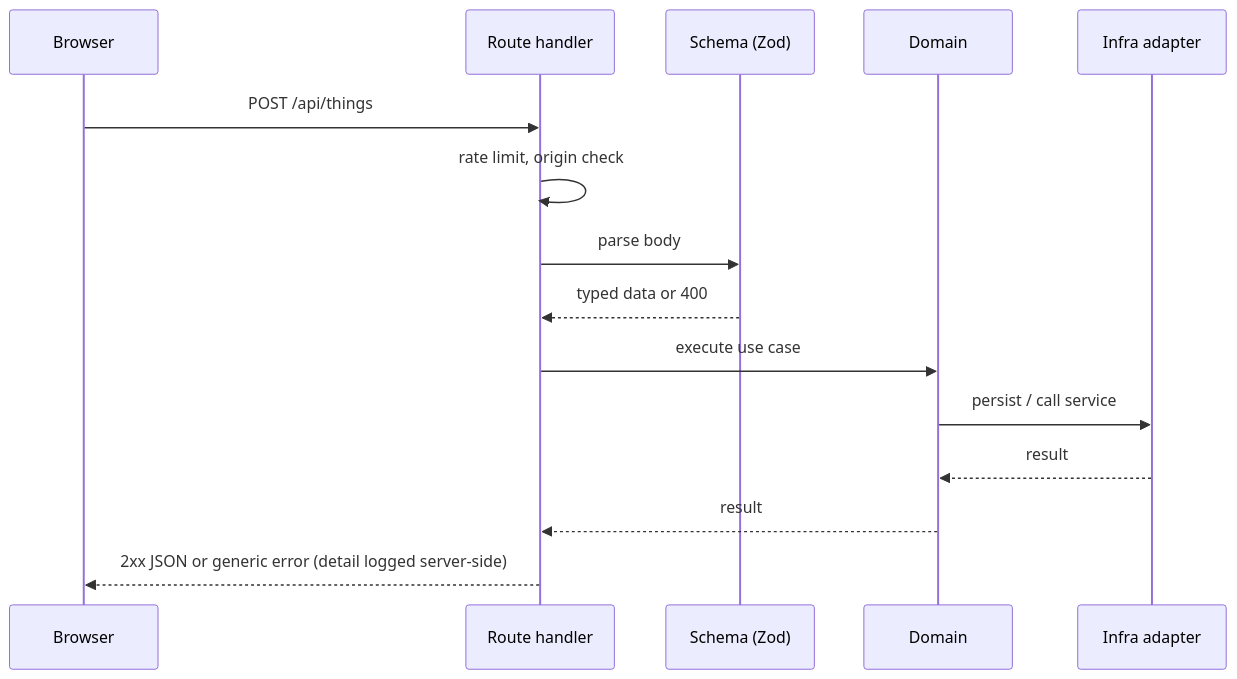
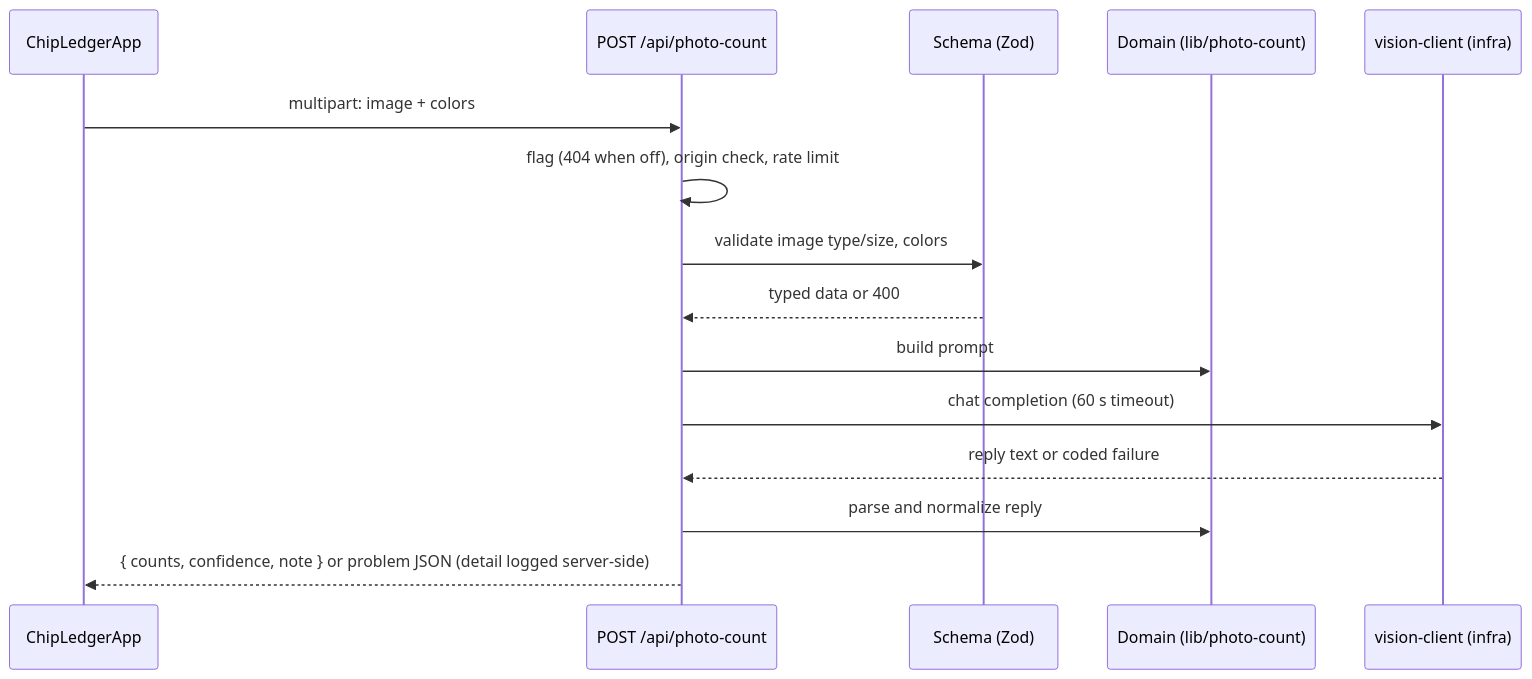
One commit to vicenteopaso/chip-ledger changed the second of 2 diagrams in docs/ARCHITECTURE.md. Above: the diagram before and after it, drawn with Mermaid. The commit also changed other lines of this file and 19 other files, not shown here.

First line of the commit message:
docs: document the Chip Ledger app across governance docs

````diff
--- a/docs/ARCHITECTURE.md
+++ b/docs/ARCHITECTURE.md
@@ -47,17 +52,17 @@
 ```mermaid
 sequenceDiagram
-  participant B as Browser
-  participant R as Route handler
+  participant B as ChipLedgerApp
+  participant R as POST /api/photo-count
   participant S as Schema (Zod)
-  participant D as Domain
-  participant I as Infra adapter
-  B->>R: POST /api/things
-  R->>R: rate limit, origin check
-  R->>S: parse body
+  participant D as Domain (lib/photo-count)
+  participant I as vision-client (infra)
+  B->>R: multipart: image + colors
+  R->>R: flag (404 when off), origin check, rate limit
+  R->>S: validate image type/size, colors
   S-->>R: typed data or 400
-  R->>D: execute use case
-  D->>I: persist / call service
-  I-->>D: result
-  D-->>R: result
-  R-->>B: 2xx JSON or generic error (detail logged server-side)
+  R->>D: build prompt
+  R->>I: chat completion (60 s timeout)
+  I-->>R: reply text or coded failure
+  R->>D: parse and normalize reply
+  R-->>B: { counts, confidence, note } or problem JSON (detail logged server-side)
 ```
````
